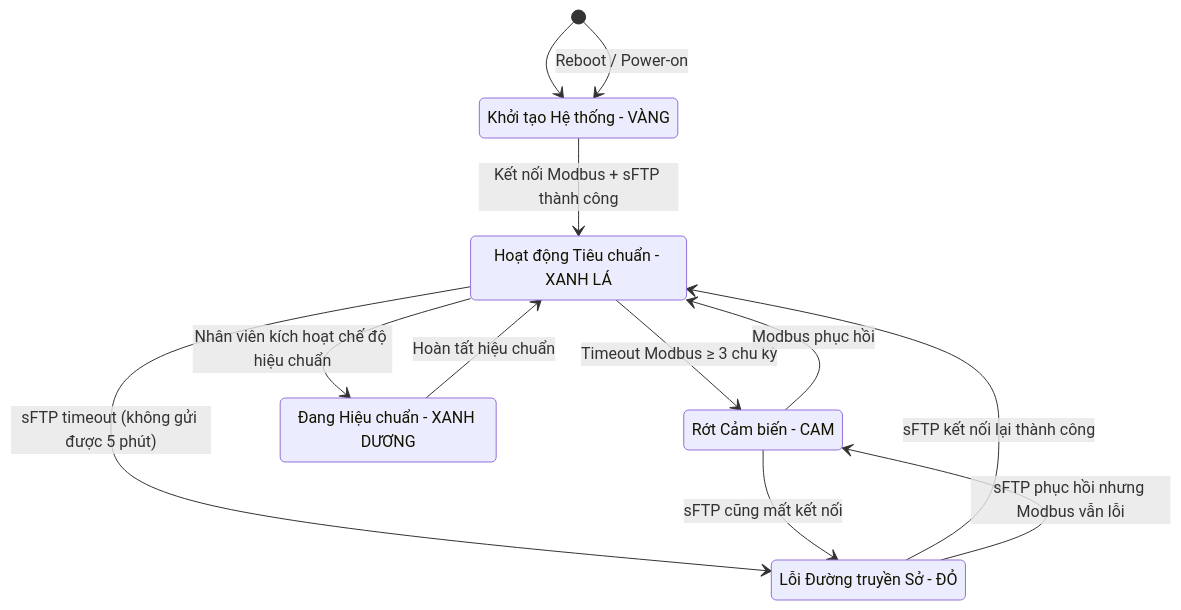
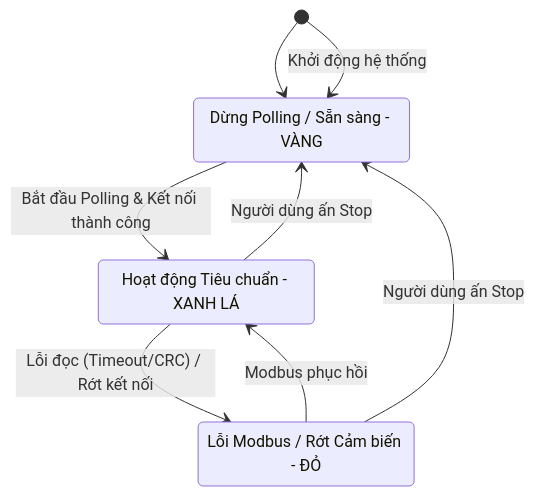
Diagram 11 of 11 in plan/report/2_phan_tich_he_thong.md (quytttb/data-logger), drawn with Mermaid before and after one commit. The commit also changed other lines of this file and 50 other files, not shown here.

````diff
--- a/plan/report/2_phan_tich_he_thong.md
+++ b/plan/report/2_phan_tich_he_thong.md
@@ -276,20 +268,14 @@
 ```mermaid
 stateDiagram-v2
-    [*] --> KhoiTao
-    state "Khởi tạo Hệ thống - VÀNG" as KhoiTao
+    [*] --> DUNG
+    state "Dừng Polling / Sẵn sàng - VÀNG" as DUNG
     state "Hoạt động Tiêu chuẩn - XANH LÁ" as BinhThuong
-    state "Rớt Cảm biến - CAM" as MatCamBien
-    state "Lỗi Đường truyền Sở - ĐỎ" as MatMang
-    state "Đang Hiệu chuẩn - XANH DƯƠNG" as HieuChuan
-
-    KhoiTao --> BinhThuong: Kết nối Modbus + sFTP thành công
-    BinhThuong --> MatCamBien: Timeout Modbus ≥ 3 chu kỳ
-    MatCamBien --> BinhThuong: Modbus phục hồi
-    BinhThuong --> MatMang: sFTP timeout (không gửi được 5 phút)
-    MatMang --> BinhThuong: sFTP kết nối lại thành công
-    MatCamBien --> MatMang: sFTP cũng mất kết nối
-    MatMang --> MatCamBien: sFTP phục hồi nhưng Modbus vẫn lỗi
-    BinhThuong --> HieuChuan: Nhân viên kích hoạt chế độ hiệu chuẩn
-    HieuChuan --> BinhThuong: Hoàn tất hiệu chuẩn
-    [*] --> KhoiTao: Reboot / Power-on
+    state "Lỗi Modbus / Rớt Cảm biến - ĐỎ" as Loi
+    
+    DUNG --> BinhThuong: Bắt đầu Polling & Kết nối thành công
+    BinhThuong --> Loi: Lỗi đọc (Timeout/CRC) / Rớt kết nối
+    Loi --> BinhThuong: Modbus phục hồi
+    BinhThuong --> DUNG: Người dùng ấn Stop
+    Loi --> DUNG: Người dùng ấn Stop
+    [*] --> DUNG: Khởi động hệ thống
 ```
````
